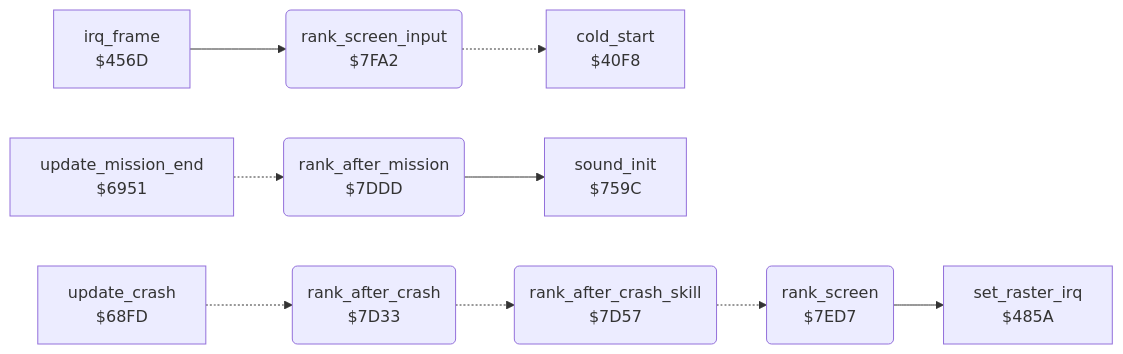
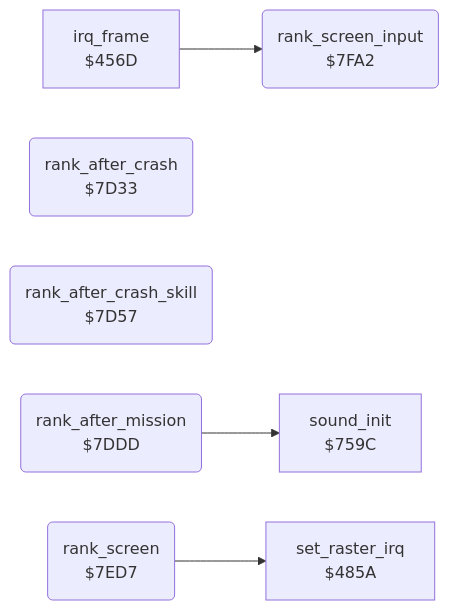
Before and after one commit to henols/c64_games: the diagram in blue_max/docs/reference/modules/game/rank.md, drawn with Mermaid. The commit also changed other lines of this file and 1100 other files, not shown here.

````diff
--- a/blue_max/docs/reference/modules/game/rank.md
+++ b/blue_max/docs/reference/modules/game/rank.md
@@ -10,22 +28,14 @@
 ```mermaid
 flowchart LR
-  n40f8["cold_start<br/>$40F8"]
   n456d["irq_frame<br/>$456D"]
   n485a["set_raster_irq<br/>$485A"]
-  n68fd["update_crash<br/>$68FD"]
-  n6951["update_mission_end<br/>$6951"]
   n759c["sound_init<br/>$759C"]
   n7d33("rank_after_crash<br/>$7D33")
   n7d57("rank_after_crash_skill<br/>$7D57")
   n7ddd("rank_after_mission<br/>$7DDD")
   n7ed7("rank_screen<br/>$7ED7")
   n7fa2("rank_screen_input<br/>$7FA2")
   n456d --> n7fa2
-  n68fd -.-> n7d33
-  n6951 -.-> n7ddd
-  n7d33 -.-> n7d57
-  n7d57 -.-> n7ed7
   n7ddd --> n759c
   n7ed7 --> n485a
-  n7fa2 -.-> n40f8
 ```
````
